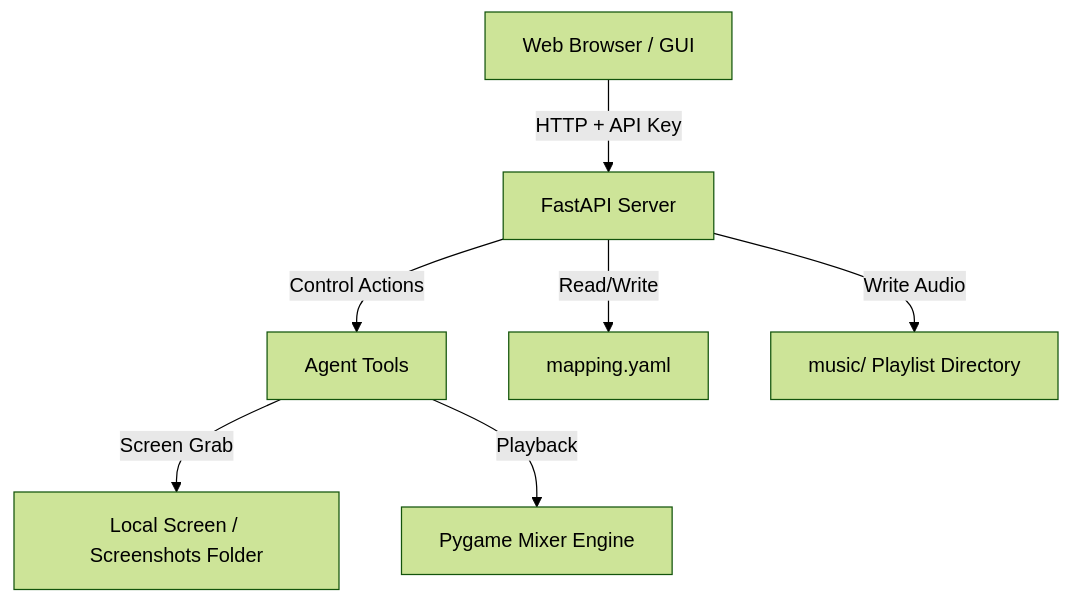
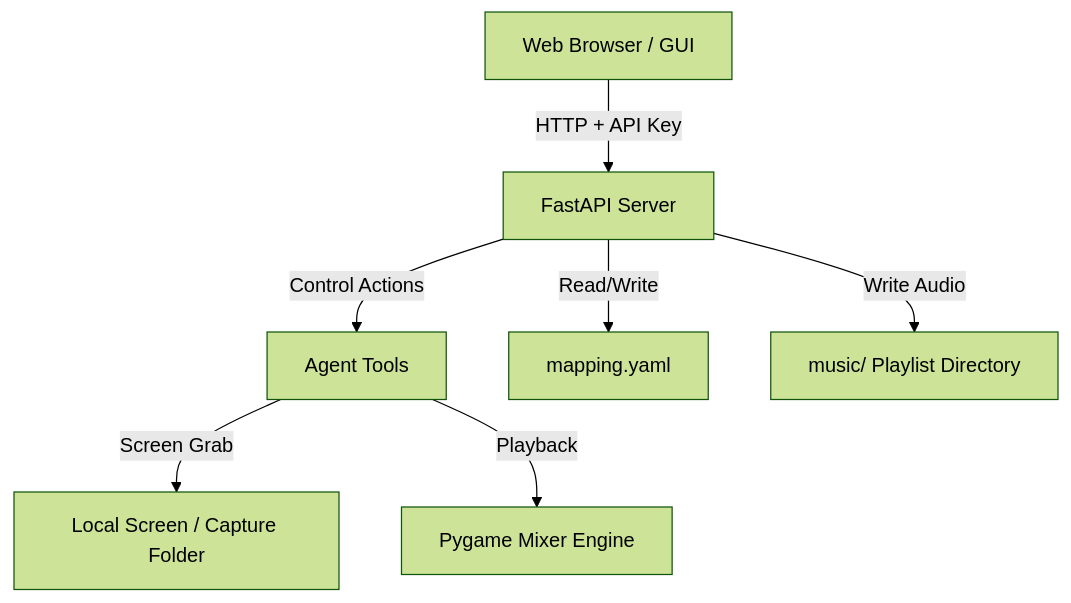
The diagram in threat_model.md (Evergold/roving-bard), drawn with Mermaid (forest theme) before and after one commit. The commit also changed other lines of this file and 4 other files, not shown here.

Commit message:
refactor: rename screenshots directory to capture and update code references

````diff
--- a/threat_model.md
+++ b/threat_model.md
@@ -14,9 +14,9 @@
 ```mermaid
 graph TD
     Client[Web Browser / GUI] -- HTTP + API Key --> API[FastAPI Server]
     API -- Control Actions --> Tools[Agent Tools]
-    Tools -- Screen Grab --> Screen[Local Screen / Screenshots Folder]
+    Tools -- Screen Grab --> Screen[Local Screen / Capture Folder]
     Tools -- Playback --> Pygame[Pygame Mixer Engine]
     API -- Read/Write --> Config[mapping.yaml]
     API -- Write Audio --> Music[music/ Playlist Directory]
 ```
````
